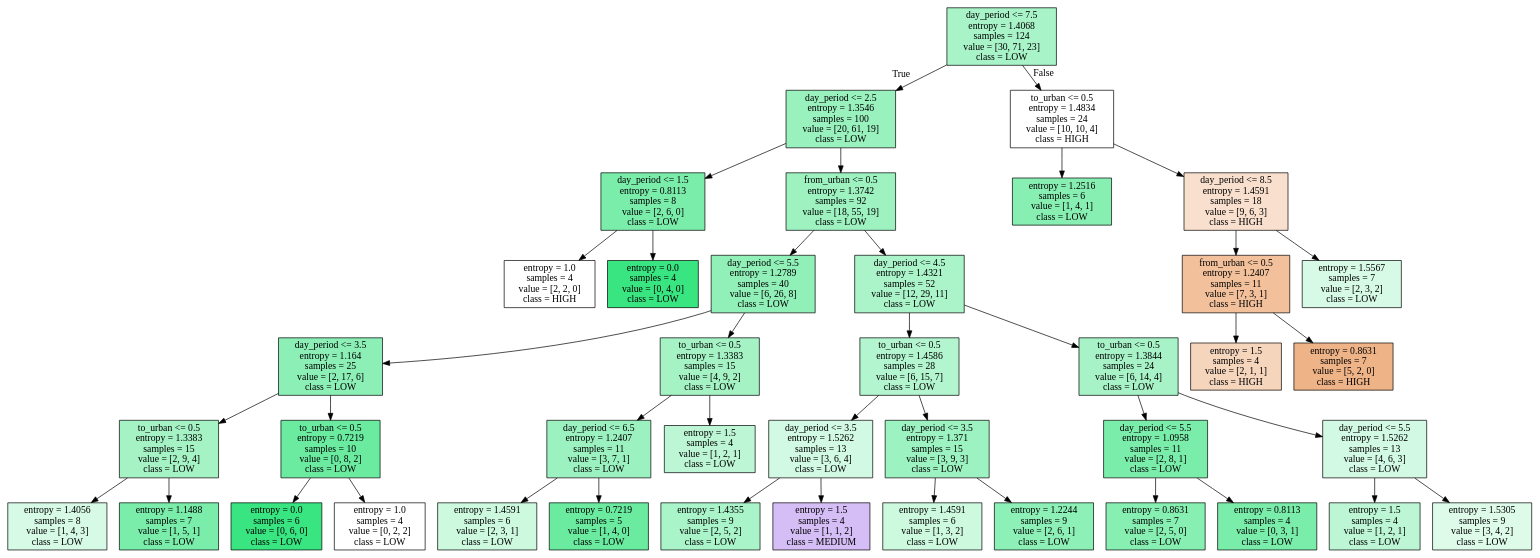
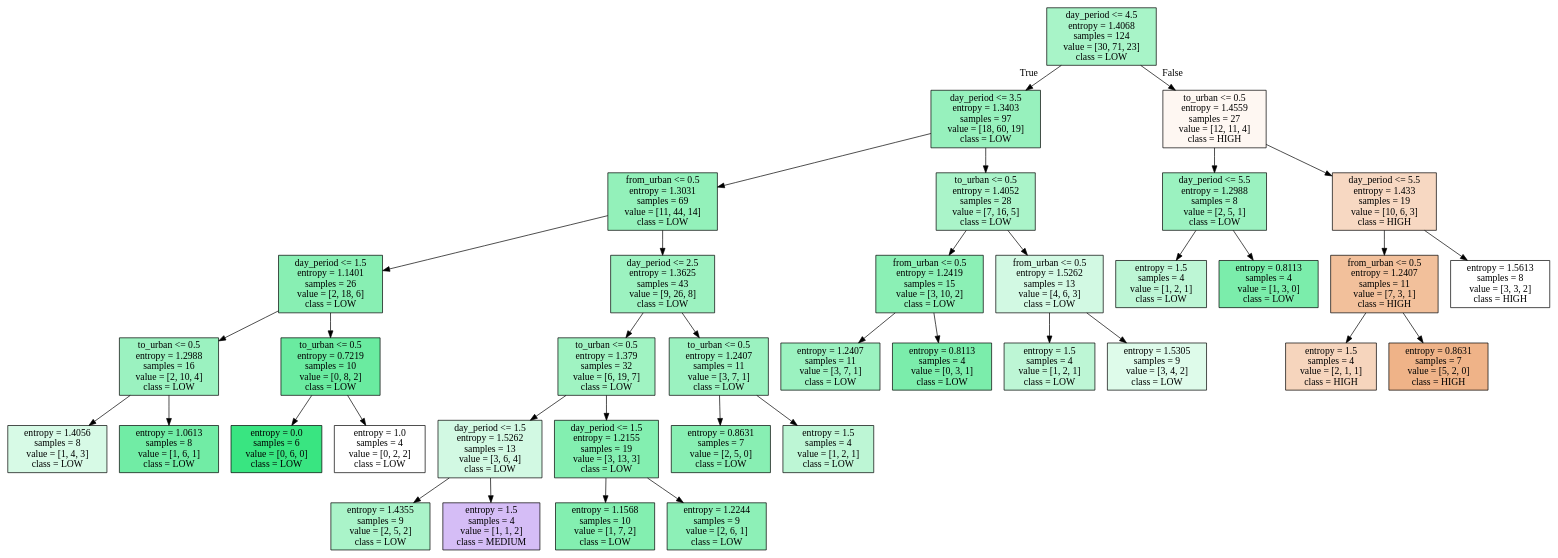
The diagram in SATURDAY_iris.dot (alexdaube/BelgianTrainsOccupancy), drawn with Graphviz before and after one commit. The commit also changed 15 other files, not shown here.

```diff
--- a/SATURDAY_iris.dot
+++ b/SATURDAY_iris.dot
@@ -1,84 +1,76 @@
 digraph Tree {
 node [shape=box, style="filled", color="black"] ;
-0 [label="day_period <= 7.5\nentropy = 1.4068\nsamples = 124\nvalue = [30, 71, 23]\nclass = LOW", fillcolor="#39e5816f"] ;
-1 [label="day_period <= 2.5\nentropy = 1.3546\nsamples = 100\nvalue = [20, 61, 19]\nclass = LOW", fillcolor="#39e58183"] ;
+0 [label="day_period <= 4.5\nentropy = 1.4068\nsamples = 124\nvalue = [30, 71, 23]\nclass = LOW", fillcolor="#39e5816f"] ;
+1 [label="day_period <= 3.5\nentropy = 1.3403\nsamples = 97\nvalue = [18, 60, 19]\nclass = LOW", fillcolor="#39e58186"] ;
 0 -> 1 [labeldistance=2.5, labelangle=45, headlabel="True"] ;
-2 [label="day_period <= 1.5\nentropy = 0.8113\nsamples = 8\nvalue = [2, 6, 0]\nclass = LOW", fillcolor="#39e581aa"] ;
+2 [label="from_urban <= 0.5\nentropy = 1.3031\nsamples = 69\nvalue = [11, 44, 14]\nclass = LOW", fillcolor="#39e5818b"] ;
 1 -> 2 ;
-3 [label="entropy = 1.0\nsamples = 4\nvalue = [2, 2, 0]\nclass = HIGH", fillcolor="#e5813900"] ;
+3 [label="day_period <= 1.5\nentropy = 1.1401\nsamples = 26\nvalue = [2, 18, 6]\nclass = LOW", fillcolor="#39e58199"] ;
 2 -> 3 ;
-4 [label="entropy = 0.0\nsamples = 4\nvalue = [0, 4, 0]\nclass = LOW", fillcolor="#39e581ff"] ;
-2 -> 4 ;
-5 [label="from_urban <= 0.5\nentropy = 1.3742\nsamples = 92\nvalue = [18, 55, 19]\nclass = LOW", fillcolor="#39e5817e"] ;
-1 -> 5 ;
-6 [label="day_period <= 5.5\nentropy = 1.2789\nsamples = 40\nvalue = [6, 26, 8]\nclass = LOW", fillcolor="#39e5818f"] ;
-5 -> 6 ;
-7 [label="day_period <= 3.5\nentropy = 1.164\nsamples = 25\nvalue = [2, 17, 6]\nclass = LOW", fillcolor="#39e58194"] ;
-6 -> 7 ;
-8 [label="to_urban <= 0.5\nentropy = 1.3383\nsamples = 15\nvalue = [2, 9, 4]\nclass = LOW", fillcolor="#39e58174"] ;
+4 [label="to_urban <= 0.5\nentropy = 1.2988\nsamples = 16\nvalue = [2, 10, 4]\nclass = LOW", fillcolor="#39e58180"] ;
+3 -> 4 ;
+5 [label="entropy = 1.4056\nsamples = 8\nvalue = [1, 4, 3]\nclass = LOW", fillcolor="#39e58133"] ;
+4 -> 5 ;
+6 [label="entropy = 1.0613\nsamples = 8\nvalue = [1, 6, 1]\nclass = LOW", fillcolor="#39e581b6"] ;
+4 -> 6 ;
+7 [label="to_urban <= 0.5\nentropy = 0.7219\nsamples = 10\nvalue = [0, 8, 2]\nclass = LOW", fillcolor="#39e581bf"] ;
+3 -> 7 ;
+8 [label="entropy = 0.0\nsamples = 6\nvalue = [0, 6, 0]\nclass = LOW", fillcolor="#39e581ff"] ;
 7 -> 8 ;
-9 [label="entropy = 1.4056\nsamples = 8\nvalue = [1, 4, 3]\nclass = LOW", fillcolor="#39e58133"] ;
-8 -> 9 ;
-10 [label="entropy = 1.1488\nsamples = 7\nvalue = [1, 5, 1]\nclass = LOW", fillcolor="#39e581aa"] ;
-8 -> 10 ;
-11 [label="to_urban <= 0.5\nentropy = 0.7219\nsamples = 10\nvalue = [0, 8, 2]\nclass = LOW", fillcolor="#39e581bf"] ;
-7 -> 11 ;
-12 [label="entropy = 0.0\nsamples = 6\nvalue = [0, 6, 0]\nclass = LOW", fillcolor="#39e581ff"] ;
+9 [label="entropy = 1.0\nsamples = 4\nvalue = [0, 2, 2]\nclass = LOW", fillcolor="#39e58100"] ;
+7 -> 9 ;
+10 [label="day_period <= 2.5\nentropy = 1.3625\nsamples = 43\nvalue = [9, 26, 8]\nclass = LOW", fillcolor="#39e5817f"] ;
+2 -> 10 ;
+11 [label="to_urban <= 0.5\nentropy = 1.379\nsamples = 32\nvalue = [6, 19, 7]\nclass = LOW", fillcolor="#39e5817a"] ;
+10 -> 11 ;
+12 [label="day_period <= 1.5\nentropy = 1.5262\nsamples = 13\nvalue = [3, 6, 4]\nclass = LOW", fillcolor="#39e58139"] ;
 11 -> 12 ;
-13 [label="entropy = 1.0\nsamples = 4\nvalue = [0, 2, 2]\nclass = LOW", fillcolor="#39e58100"] ;
-11 -> 13 ;
-14 [label="to_urban <= 0.5\nentropy = 1.3383\nsamples = 15\nvalue = [4, 9, 2]\nclass = LOW", fillcolor="#39e58174"] ;
-6 -> 14 ;
-15 [label="day_period <= 6.5\nentropy = 1.2407\nsamples = 11\nvalue = [3, 7, 1]\nclass = LOW", fillcolor="#39e58180"] ;
-14 -> 15 ;
-16 [label="entropy = 1.4591\nsamples = 6\nvalue = [2, 3, 1]\nclass = LOW", fillcolor="#39e58140"] ;
+13 [label="entropy = 1.4355\nsamples = 9\nvalue = [2, 5, 2]\nclass = LOW", fillcolor="#39e5816d"] ;
+12 -> 13 ;
+14 [label="entropy = 1.5\nsamples = 4\nvalue = [1, 1, 2]\nclass = MEDIUM", fillcolor="#8139e555"] ;
+12 -> 14 ;
+15 [label="day_period <= 1.5\nentropy = 1.2155\nsamples = 19\nvalue = [3, 13, 3]\nclass = LOW", fillcolor="#39e5819f"] ;
+11 -> 15 ;
+16 [label="entropy = 1.1568\nsamples = 10\nvalue = [1, 7, 2]\nclass = LOW", fillcolor="#39e5819f"] ;
 15 -> 16 ;
-17 [label="entropy = 0.7219\nsamples = 5\nvalue = [1, 4, 0]\nclass = LOW", fillcolor="#39e581bf"] ;
+17 [label="entropy = 1.2244\nsamples = 9\nvalue = [2, 6, 1]\nclass = LOW", fillcolor="#39e58192"] ;
 15 -> 17 ;
-18 [label="entropy = 1.5\nsamples = 4\nvalue = [1, 2, 1]\nclass = LOW", fillcolor="#39e58155"] ;
-14 -> 18 ;
-19 [label="day_period <= 4.5\nentropy = 1.4321\nsamples = 52\nvalue = [12, 29, 11]\nclass = LOW", fillcolor="#39e5816c"] ;
-5 -> 19 ;
-20 [label="to_urban <= 0.5\nentropy = 1.4586\nsamples = 28\nvalue = [6, 15, 7]\nclass = LOW", fillcolor="#39e58161"] ;
-19 -> 20 ;
-21 [label="day_period <= 3.5\nentropy = 1.5262\nsamples = 13\nvalue = [3, 6, 4]\nclass = LOW", fillcolor="#39e58139"] ;
-20 -> 21 ;
-22 [label="entropy = 1.4355\nsamples = 9\nvalue = [2, 5, 2]\nclass = LOW", fillcolor="#39e5816d"] ;
+18 [label="to_urban <= 0.5\nentropy = 1.2407\nsamples = 11\nvalue = [3, 7, 1]\nclass = LOW", fillcolor="#39e58180"] ;
+10 -> 18 ;
+19 [label="entropy = 0.8631\nsamples = 7\nvalue = [2, 5, 0]\nclass = LOW", fillcolor="#39e58199"] ;
+18 -> 19 ;
+20 [label="entropy = 1.5\nsamples = 4\nvalue = [1, 2, 1]\nclass = LOW", fillcolor="#39e58155"] ;
+18 -> 20 ;
+21 [label="to_urban <= 0.5\nentropy = 1.4052\nsamples = 28\nvalue = [7, 16, 5]\nclass = LOW", fillcolor="#39e5816d"] ;
+1 -> 21 ;
+22 [label="from_urban <= 0.5\nentropy = 1.2419\nsamples = 15\nvalue = [3, 10, 2]\nclass = LOW", fillcolor="#39e58195"] ;
 21 -> 22 ;
-23 [label="entropy = 1.5\nsamples = 4\nvalue = [1, 1, 2]\nclass = MEDIUM", fillcolor="#8139e555"] ;
-21 -> 23 ;
-24 [label="day_period <= 3.5\nentropy = 1.371\nsamples = 15\nvalue = [3, 9, 3]\nclass = LOW", fillcolor="#39e5817f"] ;
-20 -> 24 ;
-25 [label="entropy = 1.4591\nsamples = 6\nvalue = [1, 3, 2]\nclass = LOW", fillcolor="#39e58140"] ;
-24 -> 25 ;
-26 [label="entropy = 1.2244\nsamples = 9\nvalue = [2, 6, 1]\nclass = LOW", fillcolor="#39e58192"] ;
-24 -> 26 ;
-27 [label="to_urban <= 0.5\nentropy = 1.3844\nsamples = 24\nvalue = [6, 14, 4]\nclass = LOW", fillcolor="#39e58171"] ;
-19 -> 27 ;
-28 [label="day_period <= 5.5\nentropy = 1.0958\nsamples = 11\nvalue = [2, 8, 1]\nclass = LOW", fillcolor="#39e581aa"] ;
-27 -> 28 ;
-29 [label="entropy = 0.8631\nsamples = 7\nvalue = [2, 5, 0]\nclass = LOW", fillcolor="#39e58199"] ;
+23 [label="entropy = 1.2407\nsamples = 11\nvalue = [3, 7, 1]\nclass = LOW", fillcolor="#39e58180"] ;
+22 -> 23 ;
+24 [label="entropy = 0.8113\nsamples = 4\nvalue = [0, 3, 1]\nclass = LOW", fillcolor="#39e581aa"] ;
+22 -> 24 ;
+25 [label="from_urban <= 0.5\nentropy = 1.5262\nsamples = 13\nvalue = [4, 6, 3]\nclass = LOW", fillcolor="#39e58139"] ;
+21 -> 25 ;
+26 [label="entropy = 1.5\nsamples = 4\nvalue = [1, 2, 1]\nclass = LOW", fillcolor="#39e58155"] ;
+25 -> 26 ;
+27 [label="entropy = 1.5305\nsamples = 9\nvalue = [3, 4, 2]\nclass = LOW", fillcolor="#39e5812a"] ;
+25 -> 27 ;
+28 [label="to_urban <= 0.5\nentropy = 1.4559\nsamples = 27\nvalue = [12, 11, 4]\nclass = HIGH", fillcolor="#e5813910"] ;
+0 -> 28 [labeldistance=2.5, labelangle=-45, headlabel="False"] ;
+29 [label="day_period <= 5.5\nentropy = 1.2988\nsamples = 8\nvalue = [2, 5, 1]\nclass = LOW", fillcolor="#39e58180"] ;
 28 -> 29 ;
-30 [label="entropy = 0.8113\nsamples = 4\nvalue = [0, 3, 1]\nclass = LOW", fillcolor="#39e581aa"] ;
-28 -> 30 ;
-31 [label="day_period <= 5.5\nentropy = 1.5262\nsamples = 13\nvalue = [4, 6, 3]\nclass = LOW", fillcolor="#39e58139"] ;
-27 -> 31 ;
-32 [label="entropy = 1.5\nsamples = 4\nvalue = [1, 2, 1]\nclass = LOW", fillcolor="#39e58155"] ;
-31 -> 32 ;
-33 [label="entropy = 1.5305\nsamples = 9\nvalue = [3, 4, 2]\nclass = LOW", fillcolor="#39e5812a"] ;
-31 -> 33 ;
-34 [label="to_urban <= 0.5\nentropy = 1.4834\nsamples = 24\nvalue = [10, 10, 4]\nclass = HIGH", fillcolor="#e5813900"] ;
-0 -> 34 [labeldistance=2.5, labelangle=-45, headlabel="False"] ;
-35 [label="entropy = 1.2516\nsamples = 6\nvalue = [1, 4, 1]\nclass = LOW", fillcolor="#39e58199"] ;
-34 -> 35 ;
-36 [label="day_period <= 8.5\nentropy = 1.4591\nsamples = 18\nvalue = [9, 6, 3]\nclass = HIGH", fillcolor="#e5813940"] ;
-34 -> 36 ;
-37 [label="from_urban <= 0.5\nentropy = 1.2407\nsamples = 11\nvalue = [7, 3, 1]\nclass = HIGH", fillcolor="#e5813980"] ;
-36 -> 37 ;
-38 [label="entropy = 1.5\nsamples = 4\nvalue = [2, 1, 1]\nclass = HIGH", fillcolor="#e5813955"] ;
-37 -> 38 ;
-39 [label="entropy = 0.8631\nsamples = 7\nvalue = [5, 2, 0]\nclass = HIGH", fillcolor="#e5813999"] ;
-37 -> 39 ;
-40 [label="entropy = 1.5567\nsamples = 7\nvalue = [2, 3, 2]\nclass = LOW", fillcolor="#39e58133"] ;
-36 -> 40 ;
+30 [label="entropy = 1.5\nsamples = 4\nvalue = [1, 2, 1]\nclass = LOW", fillcolor="#39e58155"] ;
+29 -> 30 ;
+31 [label="entropy = 0.8113\nsamples = 4\nvalue = [1, 3, 0]\nclass = LOW", fillcolor="#39e581aa"] ;
+29 -> 31 ;
+32 [label="day_period <= 5.5\nentropy = 1.433\nsamples = 19\nvalue = [10, 6, 3]\nclass = HIGH", fillcolor="#e581394e"] ;
+28 -> 32 ;
+33 [label="from_urban <= 0.5\nentropy = 1.2407\nsamples = 11\nvalue = [7, 3, 1]\nclass = HIGH", fillcolor="#e5813980"] ;
+32 -> 33 ;
+34 [label="entropy = 1.5\nsamples = 4\nvalue = [2, 1, 1]\nclass = HIGH", fillcolor="#e5813955"] ;
+33 -> 34 ;
+35 [label="entropy = 0.8631\nsamples = 7\nvalue = [5, 2, 0]\nclass = HIGH", fillcolor="#e5813999"] ;
+33 -> 35 ;
+36 [label="entropy = 1.5613\nsamples = 8\nvalue = [3, 3, 2]\nclass = HIGH", fillcolor="#e5813900"] ;
+32 -> 36 ;
 }
```
